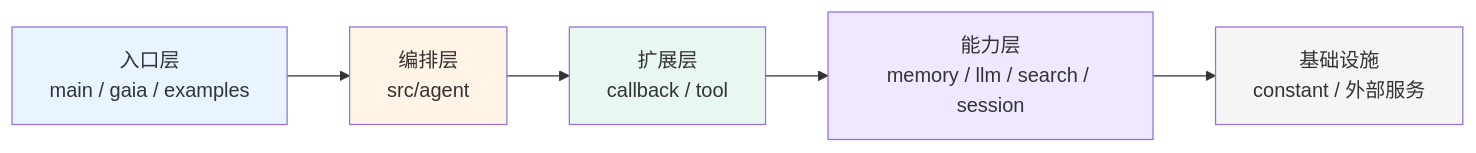
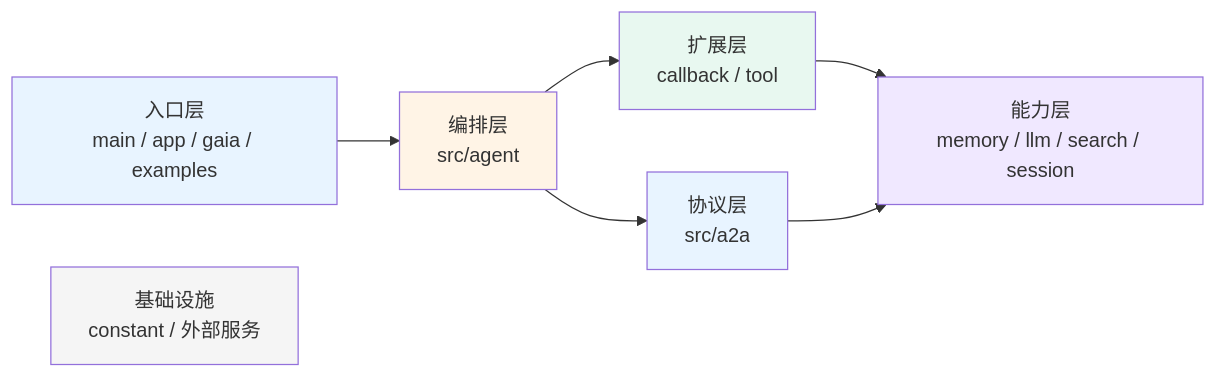
Before and after one commit to heheshang/zephyr: diagram 16 of 56 in README.md, drawn with Mermaid. The commit also changed other lines of this file and 43 other files, not shown here.

````diff
--- a/README.md
+++ b/README.md
@@ -1579,16 +1771,20 @@
 ```mermaid
 flowchart LR
-    L1["入口层<br/>main / gaia / examples"]
+    L1["入口层<br/>main / app / gaia / examples"]
     L2["编排层<br/>src/agent"]
     L3["扩展层<br/>callback / tool"]
     L4["能力层<br/>memory / llm / search / session"]
-    L5["基础设施<br/>constant / 外部服务"]
+    L5["协议层<br/>src/a2a"]
+    L6["基础设施<br/>constant / 外部服务"]
 
-    L1 --> L2 --> L3 --> L4 --> L5
+    L1 --> L2 --> L3 --> L4
+    L2 --> L5
+    L5 --> L4
 
     style L1 fill:#e8f4ff
     style L2 fill:#fff4e6
     style L3 fill:#e8f8f0
     style L4 fill:#f0e8ff
-    style L5 fill:#f5f5f5
+    style L5 fill:#e8f4ff
+    style L6 fill:#f5f5f5
 ```
````
